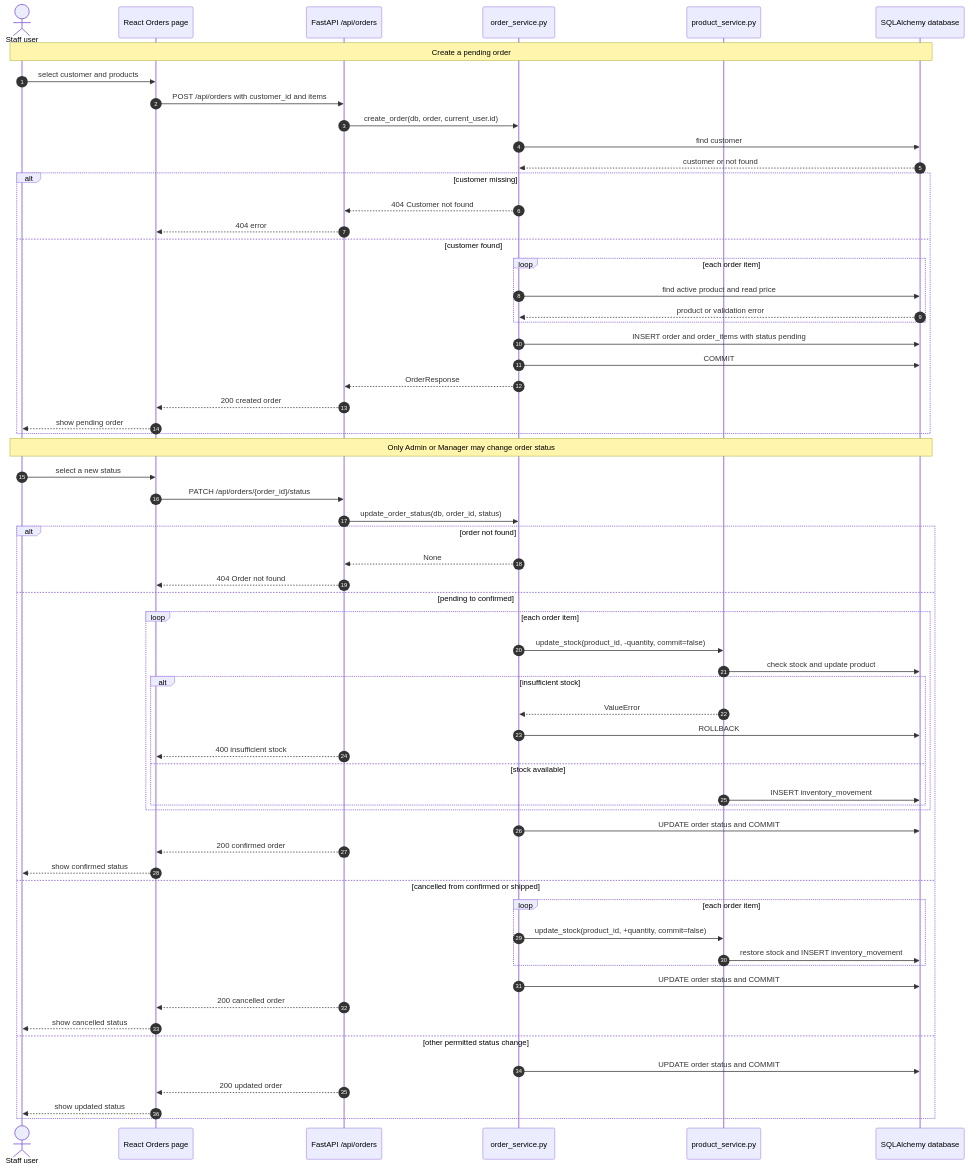
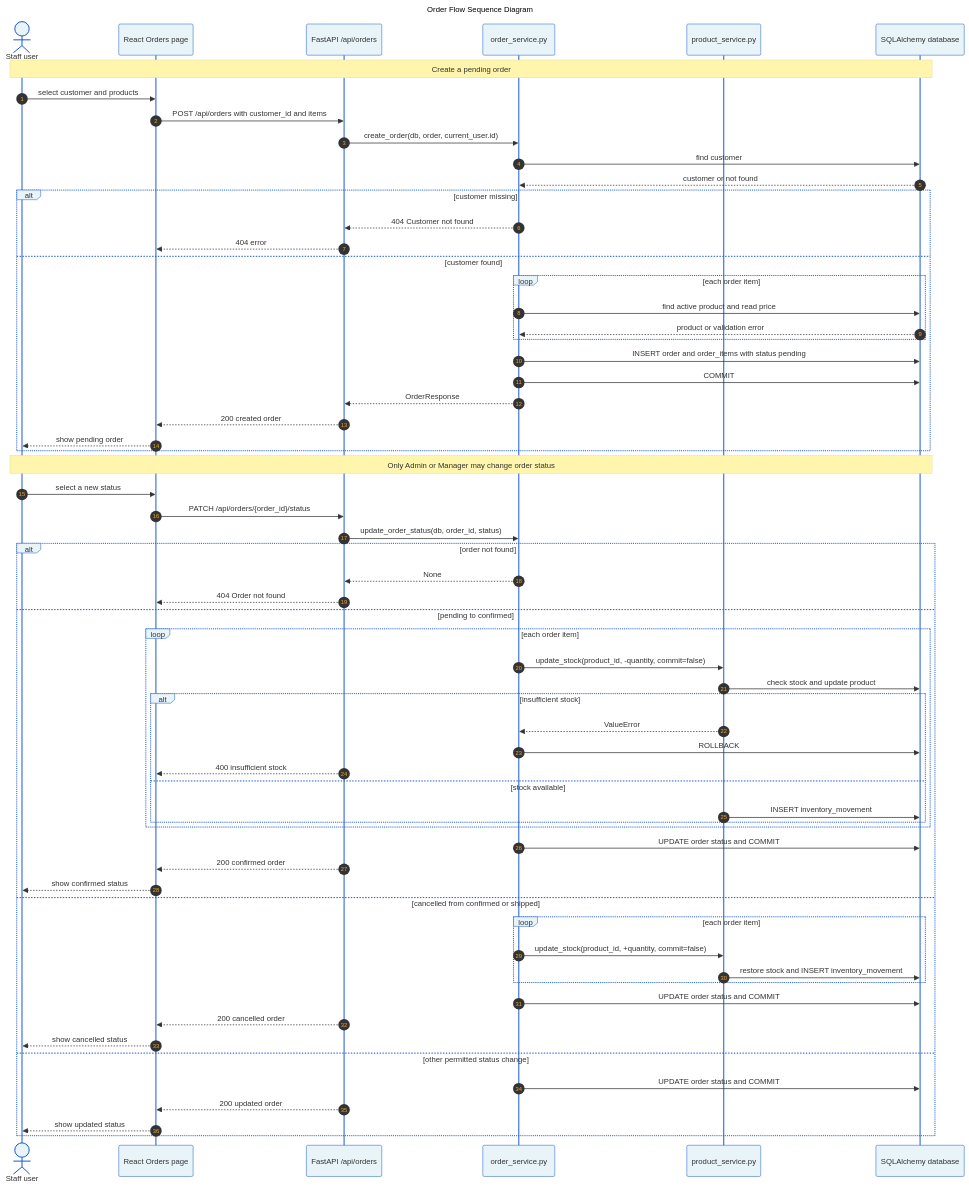
One commit to hyperS777/BizAI changed the diagram in docs/design-diagrams/06-sequence-order-flow.mmd. Above: the diagram before and after it, drawn with Mermaid. The commit also changed 22 other files, not shown here.

First line of the commit message:
docs: correct all 12 Mermaid diagram sources to match implementation

```diff
--- a/docs/design-diagrams/06-sequence-order-flow.mmd
+++ b/docs/design-diagrams/06-sequence-order-flow.mmd
@@ -1,65 +1,69 @@
+---
+title: Order Flow Sequence Diagram
+---
+%%{init: {'theme': 'base', 'themeVariables': {'primaryColor': '#ffffff', 'primaryBorderColor': '#1155cc', 'lineColor': '#1155cc', 'textColor': '#000000', 'fontFamily': 'sans-serif', 'actorBkg': '#e8f4f8', 'actorBorder': '#1155cc', 'signalColor': '#333333', 'signalTextColor': '#333333'}}}%%
 sequenceDiagram
     autonumber
     actor U as Staff user
     participant FE as React Orders page
     participant API as FastAPI /api/orders
     participant OS as order_service.py
     participant PS as product_service.py
     participant DB as SQLAlchemy database
 
     Note over U,DB: Create a pending order
     U->>FE: select customer and products
     FE->>API: POST /api/orders with customer_id and items
     API->>OS: create_order(db, order, current_user.id)
     OS->>DB: find customer
     DB-->>OS: customer or not found
     alt customer missing
         OS-->>API: 404 Customer not found
         API-->>FE: 404 error
     else customer found
         loop each order item
             OS->>DB: find active product and read price
             DB-->>OS: product or validation error
         end
         OS->>DB: INSERT order and order_items with status pending
         OS->>DB: COMMIT
         OS-->>API: OrderResponse
         API-->>FE: 200 created order
         FE-->>U: show pending order
     end
 
     Note over U,DB: Only Admin or Manager may change order status
     U->>FE: select a new status
     FE->>API: PATCH /api/orders/{order_id}/status
     API->>OS: update_order_status(db, order_id, status)
     alt order not found
         OS-->>API: None
         API-->>FE: 404 Order not found
     else pending to confirmed
         loop each order item
             OS->>PS: update_stock(product_id, -quantity, commit=false)
             PS->>DB: check stock and update product
             alt insufficient stock
                 PS-->>OS: ValueError
                 OS->>DB: ROLLBACK
                 API-->>FE: 400 insufficient stock
             else stock available
                 PS->>DB: INSERT inventory_movement
             end
         end
         OS->>DB: UPDATE order status and COMMIT
         API-->>FE: 200 confirmed order
         FE-->>U: show confirmed status
     else cancelled from confirmed or shipped
         loop each order item
             OS->>PS: update_stock(product_id, +quantity, commit=false)
             PS->>DB: restore stock and INSERT inventory_movement
         end
         OS->>DB: UPDATE order status and COMMIT
         API-->>FE: 200 cancelled order
         FE-->>U: show cancelled status
     else other permitted status change
         OS->>DB: UPDATE order status and COMMIT
         API-->>FE: 200 updated order
         FE-->>U: show updated status
     end
```
